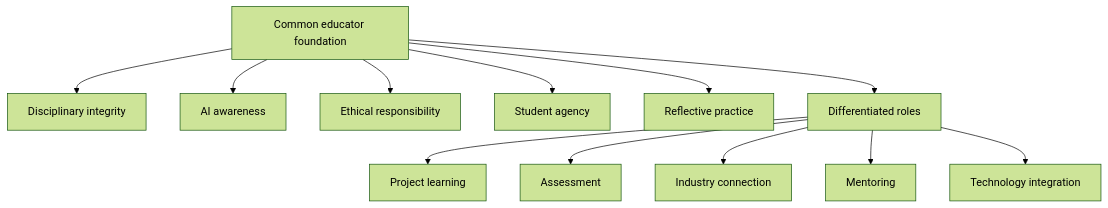
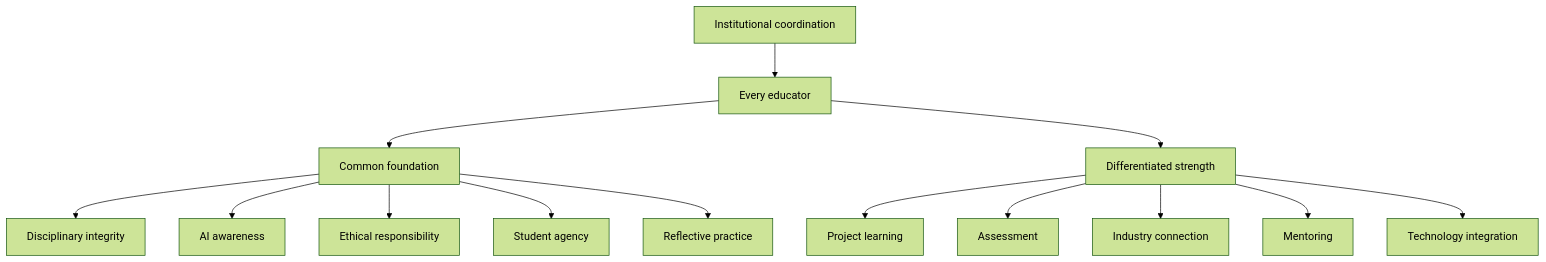
The second of 11 diagrams in book/manuscript.md (avisalmon/RoundTableIII), drawn with Mermaid (forest theme) before and after one commit. The commit also changed other lines of this file and 9 other files, not shown here.

Commit message:
Correct the Figure 2 model, thicken Chapters 21, 22, and 25, and cut the negation tic from 93 to 24

````diff
--- a/book/manuscript.md
+++ b/book/manuscript.md
@@ -630,14 +630,16 @@
 ```mermaid
 flowchart TD
-A[Common educator foundation] --> B[Disciplinary integrity]
-A --> C[AI awareness]
-A --> D[Ethical responsibility]
-A --> E[Student agency]
-A --> F[Reflective practice]
-A --> G[Differentiated roles]
-G --> H[Project learning]
-G --> I[Assessment]
-G --> J[Industry connection]
-G --> K[Mentoring]
-G --> L[Technology integration]
+N[Institutional coordination] --> A[Every educator]
+A --> B[Common foundation]
+A --> C[Differentiated strength]
+B --> D[Disciplinary integrity]
+B --> E[AI awareness]
+B --> F[Ethical responsibility]
+B --> G[Student agency]
+B --> H[Reflective practice]
+C --> I[Project learning]
+C --> J[Assessment]
+C --> K[Industry connection]
+C --> L[Mentoring]
+C --> M[Technology integration]
 ```
````
